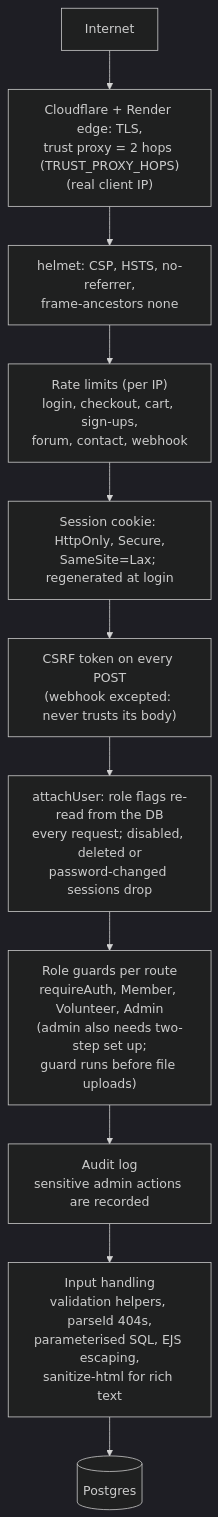
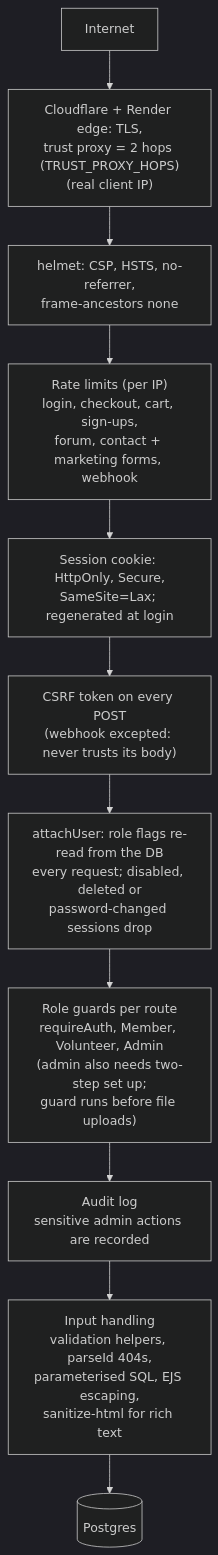
One commit to umasbooksadmin/umasbookswebsite changed diagram 15 of 15 in docs/architecture.md. Above: the diagram before and after it, drawn with Mermaid (dark theme). The commit also changed other lines of this file and 53 other files, not shown here.

````diff
--- a/docs/architecture.md
+++ b/docs/architecture.md
@@ -1006,13 +1008,13 @@
 ```mermaid
 flowchart TD
   NET["Internet"] --> TLS["Cloudflare + Render edge: TLS,<br/>trust proxy = 2 hops (TRUST_PROXY_HOPS)<br/>(real client IP)"]
   TLS --> HL["helmet: CSP, HSTS, no-referrer,<br/>frame-ancestors none"]
-  HL --> RL["Rate limits (per IP)<br/>login, checkout, cart, sign-ups,<br/>forum, contact, webhook"]
+  HL --> RL["Rate limits (per IP)<br/>login, checkout, cart, sign-ups,<br/>forum, contact + marketing forms, webhook"]
   RL --> SE["Session cookie: HttpOnly, Secure,<br/>SameSite=Lax; regenerated at login"]
   SE --> CF["CSRF token on every POST<br/>(webhook excepted: never trusts its body)"]
   CF --> AU["attachUser: role flags re-read from the DB<br/>every request; disabled, deleted or<br/>password-changed sessions drop"]
   AU --> RG["Role guards per route<br/>requireAuth, Member, Volunteer, Admin<br/>(admin also needs two-step set up;<br/>guard runs before file uploads)"]
   RG --> AUD["Audit log<br/>sensitive admin actions are recorded"]
   AUD --> VAL["Input handling<br/>validation helpers, parseId 404s,<br/>parameterised SQL, EJS escaping,<br/>sanitize-html for rich text"]
   VAL --> DBX[("Postgres")]
 ```
````
